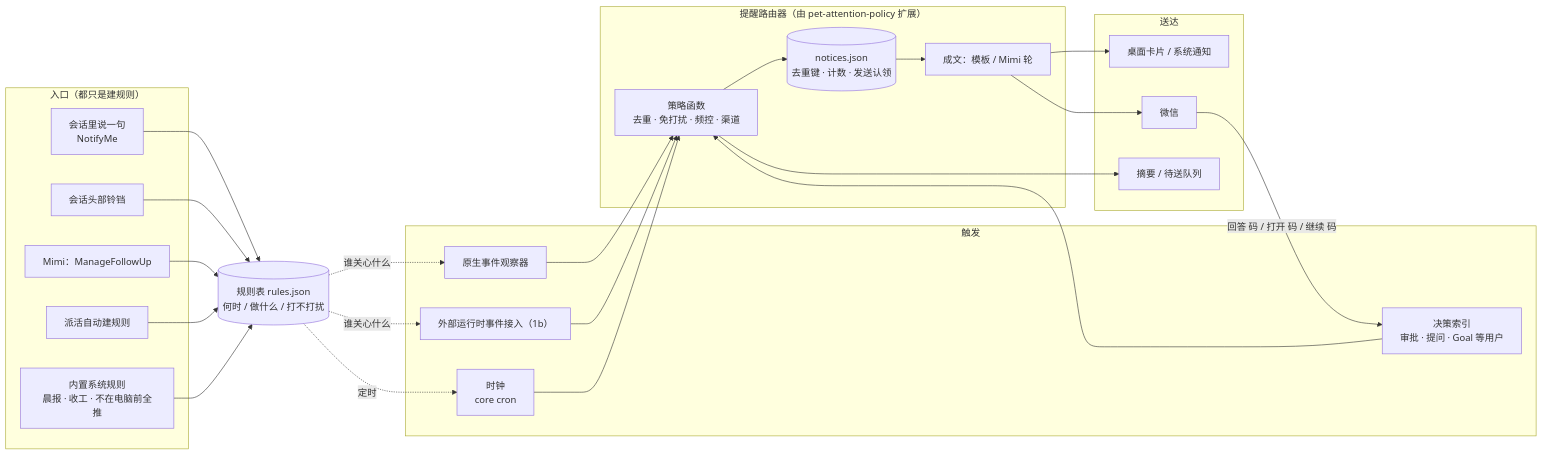
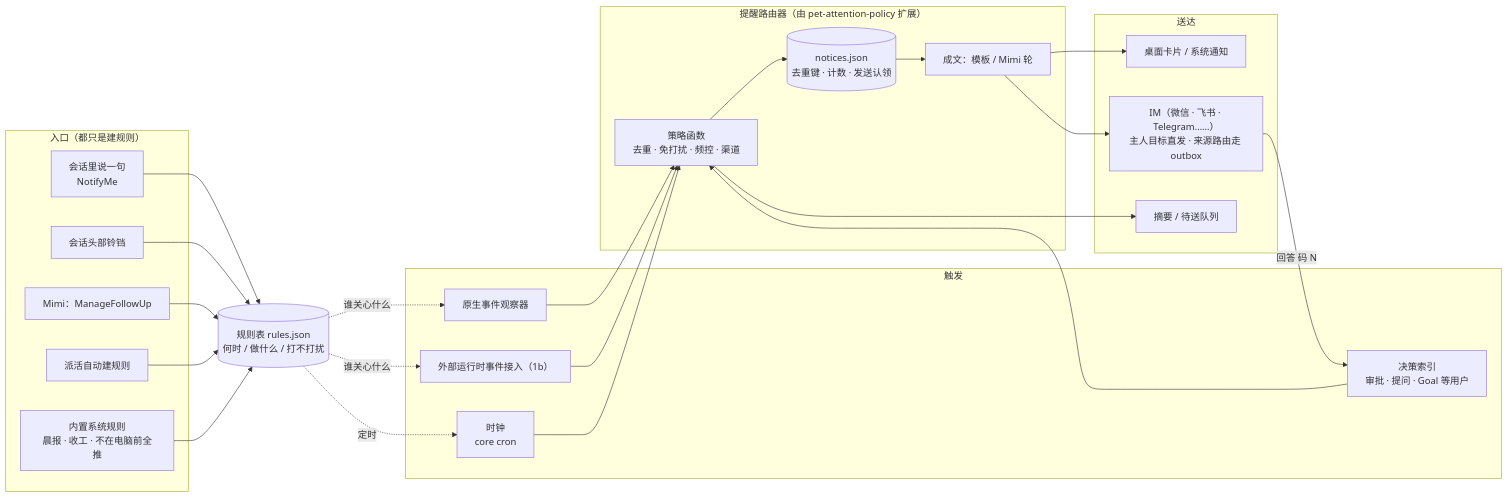
Before and after one commit to cjhyy/codeshell: the first of 5 diagrams in docs/superpowers/specs/2026-11-09-mimi-dispatch-notify-proactivity-design.md, drawn with Mermaid. The commit also changed other lines of this file, not shown here.

````diff
--- a/docs/superpowers/specs/2026-11-09-mimi-dispatch-notify-proactivity-design.md
+++ b/docs/superpowers/specs/2026-11-09-mimi-dispatch-notify-proactivity-design.md
@@ -87,49 +87,49 @@
 ```mermaid
 flowchart LR
   subgraph IN["入口（都只是建规则）"]
     SAY["会话里说一句<br/>NotifyMe"]
     BELL["会话头部铃铛"]
     FU["Mimi：ManageFollowUp"]
     DEL["派活自动建规则"]
     SYS["内置系统规则<br/>晨报 · 收工 · 不在电脑前全推"]
   end
 
   RULES[("规则表 rules.json<br/>何时 / 做什么 / 打不打扰")]
 
   subgraph TRIG["触发"]
     OBS1["原生事件观察器"]
     OBS2["外部运行时事件接入（1b）"]
     DEC["决策索引<br/>审批 · 提问 · Goal 等用户"]
     CLK["时钟<br/>core cron"]
   end
 
   subgraph ROUTER["提醒路由器（由 pet-attention-policy 扩展）"]
     POL["策略函数<br/>去重 · 免打扰 · 频控 · 渠道"]
     LED[("notices.json<br/>去重键 · 计数 · 发送认领")]
     CMP["成文：模板 / Mimi 轮"]
   end
 
   subgraph OUT["送达"]
     DSK["桌面卡片 / 系统通知"]
-    WX["微信"]
+    WX["IM（微信 · 飞书 · Telegram……）<br/>主人目标直发 · 来源路由走 outbox"]
     DG["摘要 / 待送队列"]
   end
 
   SAY --> RULES
   BELL --> RULES
   FU --> RULES
   DEL --> RULES
   SYS --> RULES
   RULES -. 谁关心什么 .-> OBS1
   RULES -. 谁关心什么 .-> OBS2
   RULES -. 定时 .-> CLK
   OBS1 --> POL
   OBS2 --> POL
   DEC --> POL
   CLK --> POL
   POL --> LED --> CMP
   CMP --> DSK
   CMP --> WX
   POL --> DG
-  WX -->|"回答 码 / 打开 码 / 继续 码"| DEC
+  WX -->|"回答 码 N"| DEC
 ```
````
